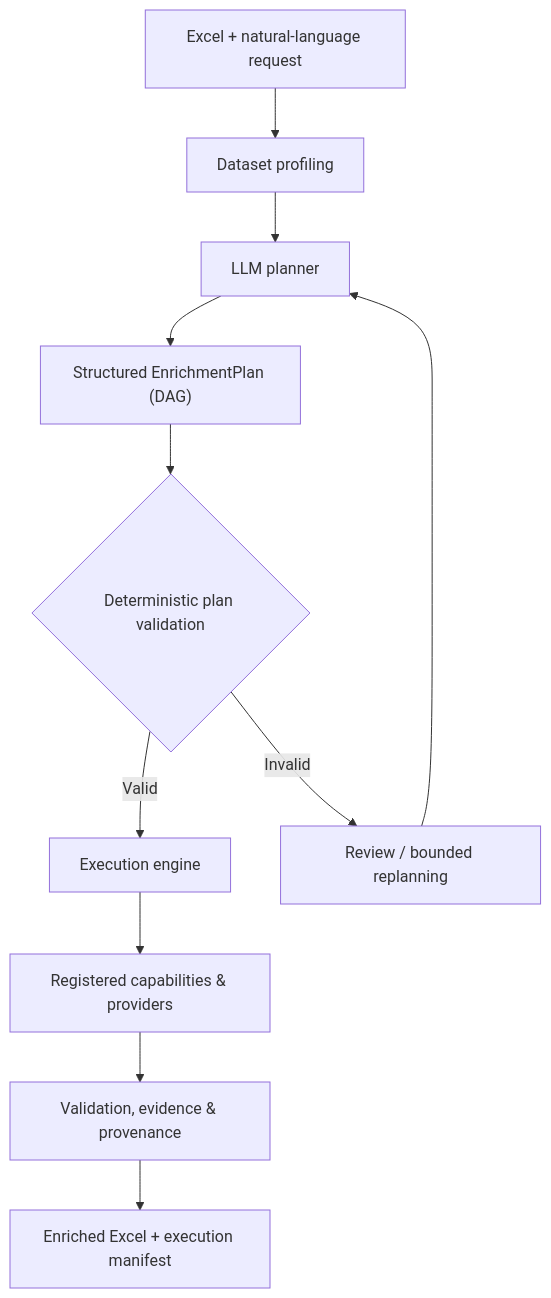
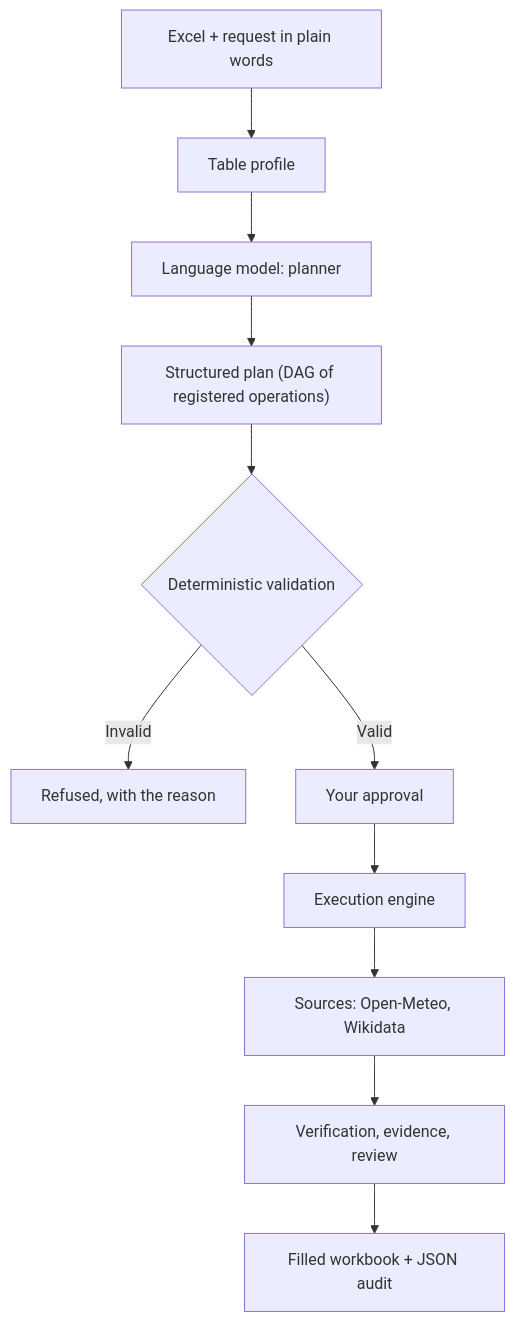
One commit to ayri77/ai-data-enrichment-studio changed the diagram in README.md. Above: the diagram before and after it, drawn with Mermaid. The commit also changed other lines of this file and 6 other files, not shown here.

````diff
--- a/README.md
+++ b/README.md
@@ -58,13 +114,13 @@
 ```mermaid
 flowchart TD
-    A["Excel + natural-language request"] --> B["Dataset profiling"]
-    B --> C["LLM planner"]
-    C --> D["Structured EnrichmentPlan (DAG)"]
-    D --> E{"Deterministic plan validation"}
-    E -->|Valid| F["Execution engine"]
-    E -->|Invalid| G["Review / bounded replanning"]
-    G --> C
-    F --> H["Registered capabilities & providers"]
-    H --> I["Validation, evidence & provenance"]
-    I --> J["Enriched Excel + execution manifest"]
+    A["Excel + request in plain words"] --> B["Table profile"]
+    B --> C["Language model: planner"]
+    C --> D["Structured plan (DAG of registered operations)"]
+    D --> E{"Deterministic validation"}
+    E -->|Invalid| F["Refused, with the reason"]
+    E -->|Valid| G["Your approval"]
+    G --> H["Execution engine"]
+    H --> I["Sources: Open-Meteo, Wikidata"]
+    I --> J["Verification, evidence, review"]
+    J --> K["Filled workbook + JSON audit"]
 ```
````
